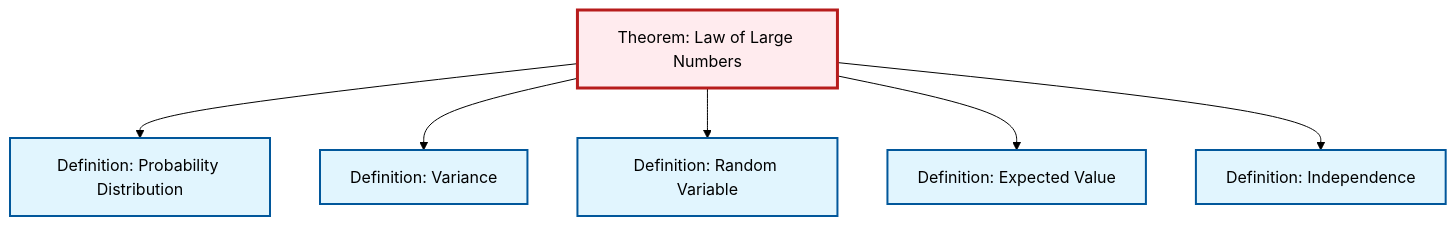
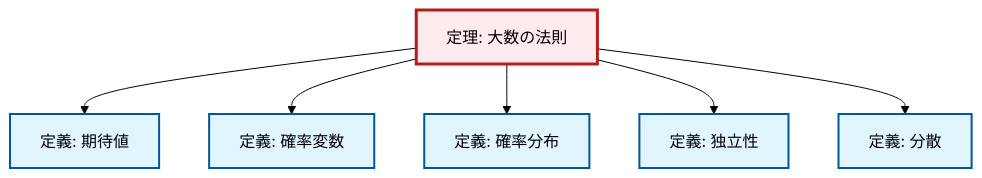
One commit to RK0429/ModernMath changed the second of 2 diagrams in content/ja/probability-statistics/thm-law-of-large-numbers.qmd. Above: the diagram before and after it, drawn with Mermaid (forest theme). The commit also changed 1069 other files, not shown here.

````diff
--- a/content/ja/probability-statistics/thm-law-of-large-numbers.qmd
+++ b/content/ja/probability-statistics/thm-law-of-large-numbers.qmd
@@ -90,26 +90,26 @@
 ```{mermaid}
 %%| fig-cap: "Local dependency graph"
 graph TD
     classDef definition fill:#e1f5fe,stroke:#01579b,stroke-width:2px
     classDef theorem fill:#f3e5f5,stroke:#4a148c,stroke-width:2px
     classDef axiom fill:#fff3e0,stroke:#e65100,stroke-width:2px
     classDef example fill:#e8f5e9,stroke:#1b5e20,stroke-width:2px
     classDef current fill:#ffebee,stroke:#b71c1c,stroke-width:3px
-    def-expectation["Definition: Expected Value"]:::definition
-    thm-law-of-large-numbers["Theorem: Law of Large Numbers"]:::theorem
-    def-probability-distribution["Definition: Probability Distribution"]:::definition
-    def-variance["Definition: Variance"]:::definition
-    def-random-variable["Definition: Random Variable"]:::definition
-    def-independence["Definition: Independence"]:::definition
+    def-expectation["定義: 期待値"]:::definition
+    def-random-variable["定義: 確率変数"]:::definition
+    def-variance["定義: 分散"]:::definition
+    thm-law-of-large-numbers["定理: 大数の法則"]:::theorem
+    def-independence["定義: 独立性"]:::definition
+    def-probability-distribution["定義: 確率分布"]:::definition
+    thm-law-of-large-numbers --> def-expectation
+    thm-law-of-large-numbers --> def-random-variable
     thm-law-of-large-numbers --> def-probability-distribution
+    thm-law-of-large-numbers --> def-independence
     thm-law-of-large-numbers --> def-variance
-    thm-law-of-large-numbers --> def-random-variable
-    thm-law-of-large-numbers --> def-expectation
-    thm-law-of-large-numbers --> def-independence
     class thm-law-of-large-numbers current
-    click def-expectation "def-expectation.html" "Definition: Expected Valueへ"
-    click def-probability-distribution "def-probability-distribution.html" "Definition: Probability Distributionへ"
-    click def-variance "def-variance.html" "Definition: Varianceへ"
-    click def-random-variable "def-random-variable.html" "Definition: Random Variableへ"
-    click def-independence "def-independence.html" "Definition: Independenceへ"
+    click def-expectation "def-expectation.html" "期待値の定義へ"
+    click def-random-variable "def-random-variable.html" "確率変数の定義へ"
+    click def-variance "def-variance.html" "分散の定義へ"
+    click def-independence "def-independence.html" "独立性の定義へ"
+    click def-probability-distribution "def-probability-distribution.html" "確率分布の定義へ"
 ```
````
